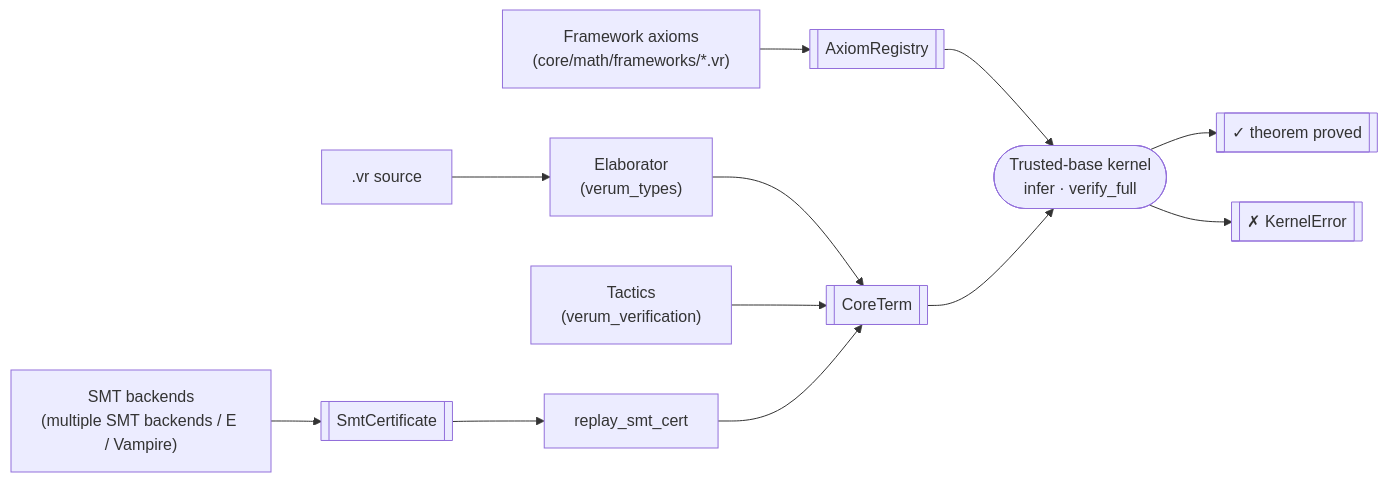
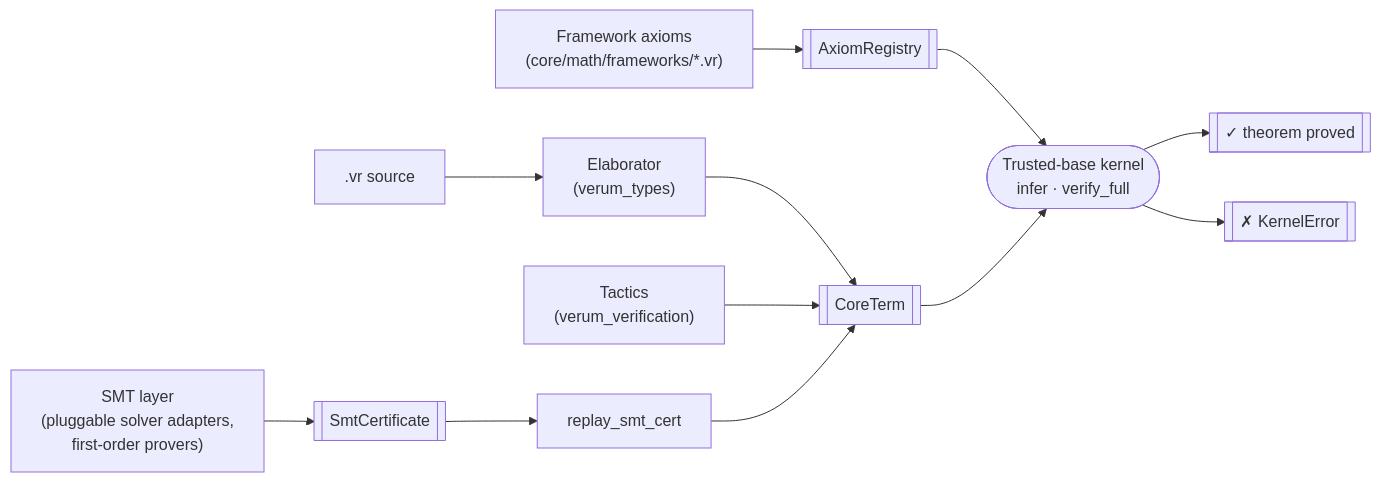
One commit to verum-lang/website changed the diagram in docs/architecture/trusted-kernel.md. Above: the diagram before and after it, drawn with Mermaid. The commit also changed other lines of this file and 81 other files, not shown here.

````diff
--- a/docs/architecture/trusted-kernel.md
+++ b/docs/architecture/trusted-kernel.md
@@ -30,14 +30,14 @@
 ```mermaid
 flowchart LR
     SRC[".vr source"] --> EL["Elaborator<br/>(verum_types)"]
     EL --> CT[["CoreTerm"]]
     TAC["Tactics<br/>(verum_verification)"] --> CT
-    SMT["SMT backends<br/>(multiple SMT backends / E / Vampire)"] --> CERT[["SmtCertificate"]]
+    SMT["SMT layer<br/>(pluggable solver adapters,<br/>first-order provers)"] --> CERT[["SmtCertificate"]]
     CERT --> REPLAY["replay_smt_cert"]
     REPLAY --> CT
     FW["Framework axioms<br/>(core/math/frameworks/*.vr)"] --> REG[["AxiomRegistry"]]
     REG --> KR(["Trusted-base kernel<br/>infer · verify_full"])
     CT --> KR
     KR --> OK[["✓ theorem proved"]]
     KR --> ERR[["✗ KernelError"]]
 ```
````
